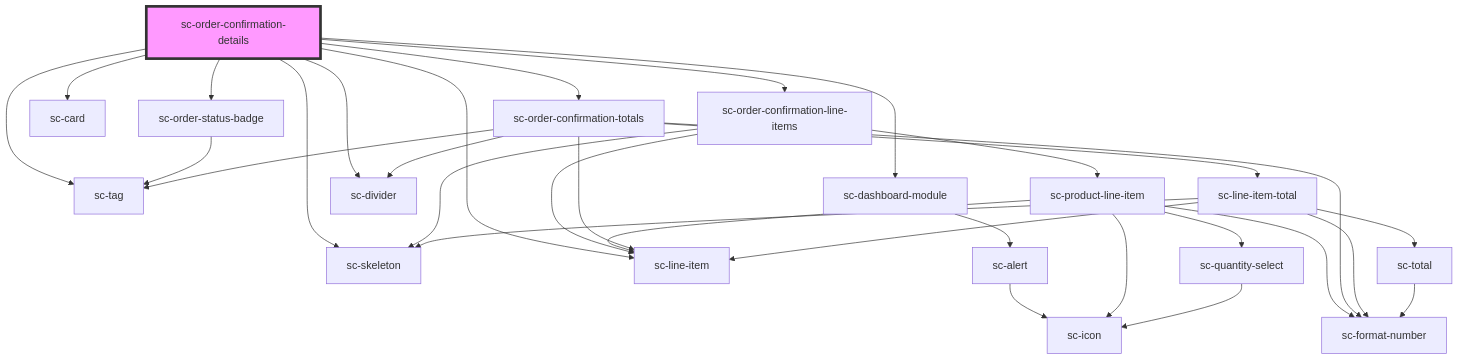
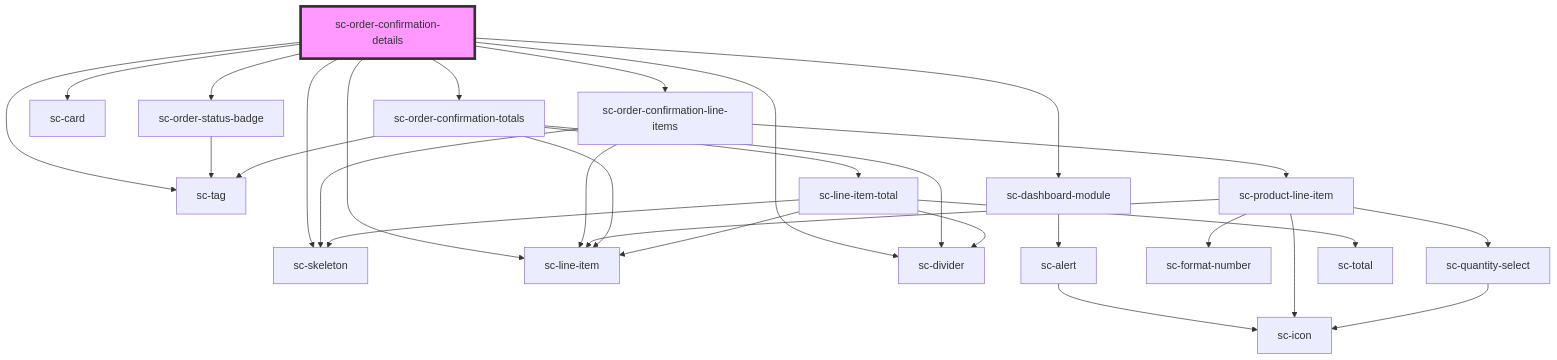
One commit to surecart/surecart-wp-plugin changed the diagram in packages/components/src/components/controllers/confirmation/order-confirmation-details/readme.md. Above: the diagram before and after it, drawn with Mermaid. The commit also changed 37 other files, not shown here.

````diff
--- a/packages/components/src/components/controllers/confirmation/order-confirmation-details/readme.md
+++ b/packages/components/src/components/controllers/confirmation/order-confirmation-details/readme.md
@@ -31,34 +31,32 @@
 ```mermaid
 graph TD;
   sc-order-confirmation-details --> sc-tag
   sc-order-confirmation-details --> sc-order-status-badge
   sc-order-confirmation-details --> sc-dashboard-module
   sc-order-confirmation-details --> sc-skeleton
   sc-order-confirmation-details --> sc-card
   sc-order-confirmation-details --> sc-line-item
   sc-order-confirmation-details --> sc-divider
   sc-order-confirmation-details --> sc-order-confirmation-line-items
   sc-order-confirmation-details --> sc-order-confirmation-totals
   sc-order-status-badge --> sc-tag
   sc-dashboard-module --> sc-alert
   sc-alert --> sc-icon
   sc-order-confirmation-line-items --> sc-line-item
   sc-order-confirmation-line-items --> sc-skeleton
   sc-order-confirmation-line-items --> sc-product-line-item
   sc-product-line-item --> sc-format-number
   sc-product-line-item --> sc-quantity-select
   sc-product-line-item --> sc-icon
   sc-product-line-item --> sc-line-item
   sc-quantity-select --> sc-icon
   sc-order-confirmation-totals --> sc-line-item
   sc-order-confirmation-totals --> sc-tag
-  sc-order-confirmation-totals --> sc-format-number
+  sc-order-confirmation-totals --> sc-divider
   sc-order-confirmation-totals --> sc-line-item-total
-  sc-order-confirmation-totals --> sc-divider
+  sc-line-item-total --> sc-divider
   sc-line-item-total --> sc-line-item
   sc-line-item-total --> sc-skeleton
   sc-line-item-total --> sc-total
-  sc-line-item-total --> sc-format-number
-  sc-total --> sc-format-number
   style sc-order-confirmation-details fill:#f9f,stroke:#333,stroke-width:4px
 ```
````
